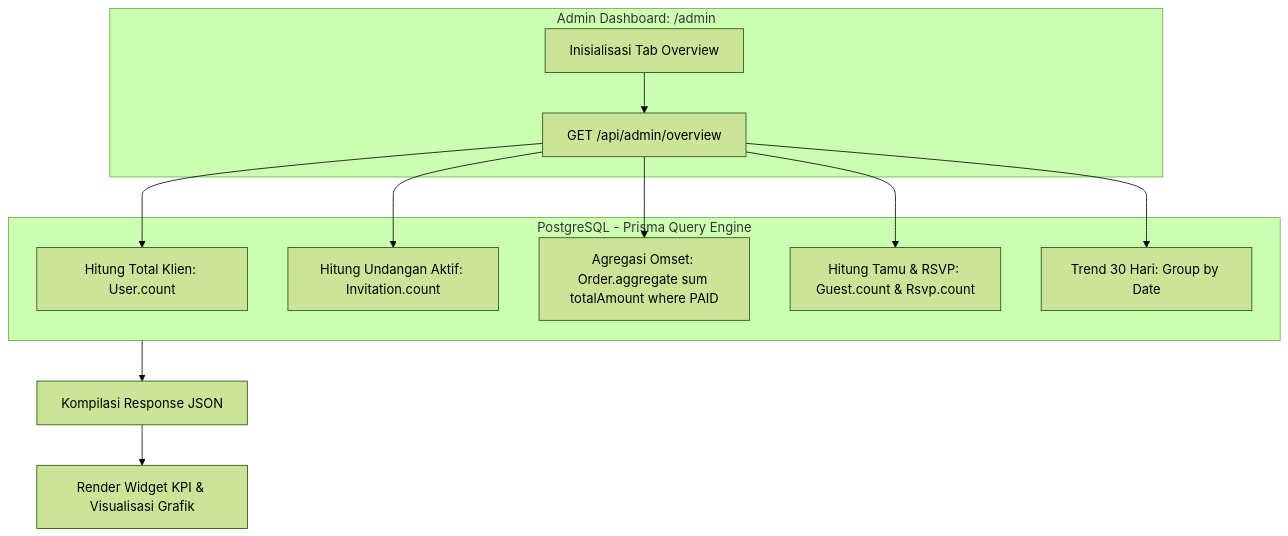
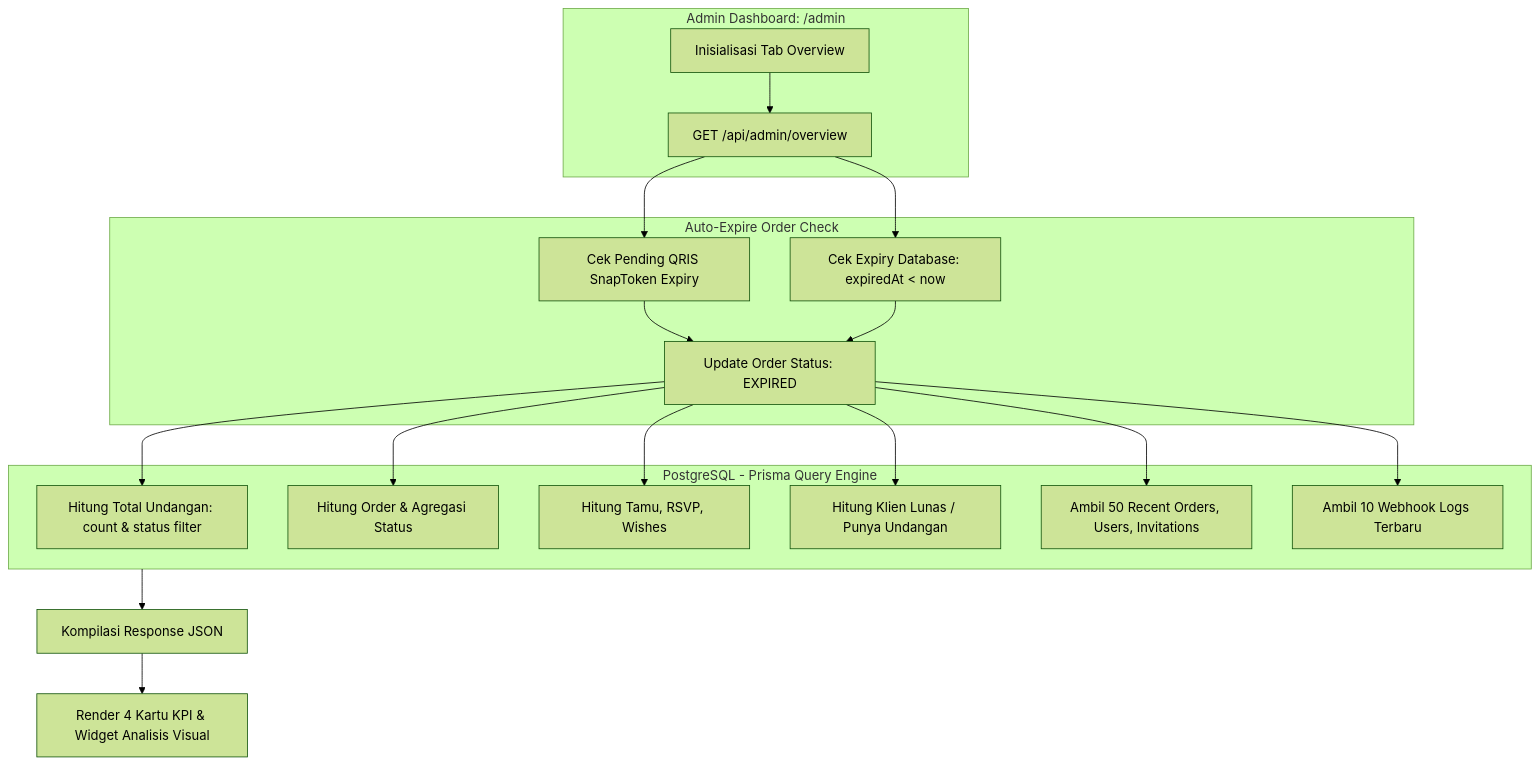
Before and after one commit to armansyam/luxenary-invite: the diagram in docs/admin/DASHBOARD_OVERVIEW_DAN_STATISTIK.md, drawn with Mermaid (forest theme). The commit also changed other lines of this file and 25 other files, not shown here.

````diff
--- a/docs/admin/DASHBOARD_OVERVIEW_DAN_STATISTIK.md
+++ b/docs/admin/DASHBOARD_OVERVIEW_DAN_STATISTIK.md
@@ -12,17 +12,24 @@
 ```mermaid
 flowchart TD
     subgraph AdminPortal [Admin Dashboard: /admin]
         A[Inisialisasi Tab Overview] --> B[GET /api/admin/overview]
     end
     
+    subgraph AutoExpireSweep [Auto-Expire Order Check]
+        B --> S1[Cek Pending QRIS SnapToken Expiry]
+        B --> S2[Cek Expiry Database: expiredAt < now]
+        S1 & S2 --> S3[Update Order Status: EXPIRED]
+    end
+
     subgraph DatabaseLayer [PostgreSQL - Prisma Query Engine]
-        B --> C[Hitung Total Klien: User.count]
-        B --> D[Hitung Undangan Aktif: Invitation.count]
-        B --> E[Agregasi Omset: Order.aggregate sum totalAmount where PAID]
-        B --> F[Hitung Tamu & RSVP: Guest.count & Rsvp.count]
-        B --> G[Trend 30 Hari: Group by Date]
+        S3 --> C[Hitung Total Undangan: count & status filter]
+        S3 --> D[Hitung Order & Agregasi Status]
+        S3 --> E[Hitung Tamu, RSVP, Wishes]
+        S3 --> F[Hitung Klien Lunas / Punya Undangan]
+        S3 --> G[Ambil 50 Recent Orders, Users, Invitations]
+        S3 --> H[Ambil 10 Webhook Logs Terbaru]
     end
     
-    DatabaseLayer --> H[Kompilasi Response JSON]
-    H --> I[Render Widget KPI & Visualisasi Grafik]
+    DatabaseLayer --> I[Kompilasi Response JSON]
+    I --> J[Render 4 Kartu KPI & Widget Analisis Visual]
 ```
````
